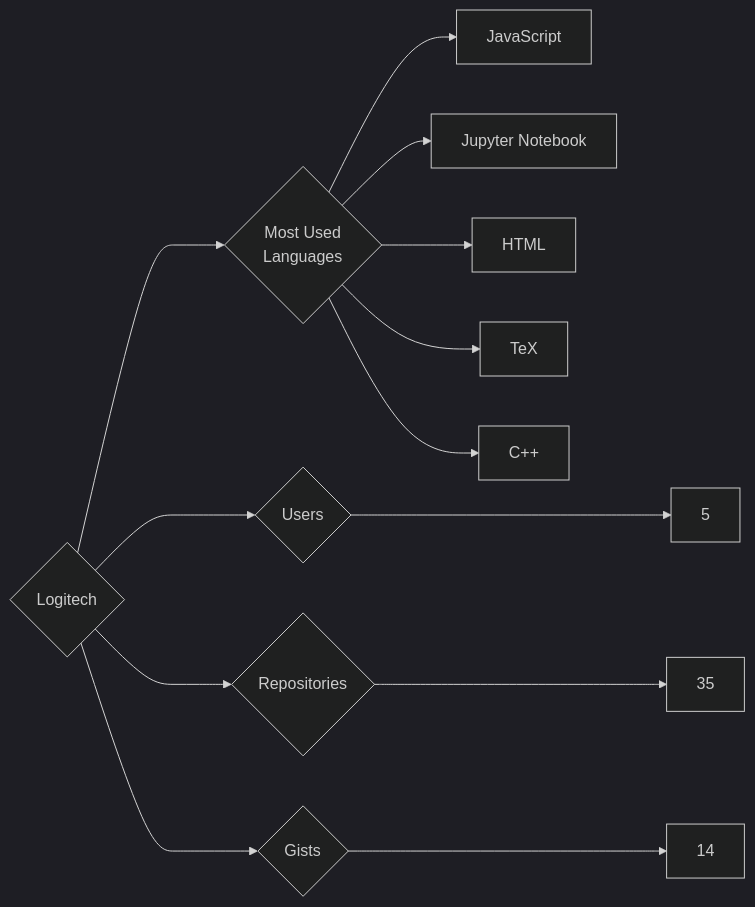
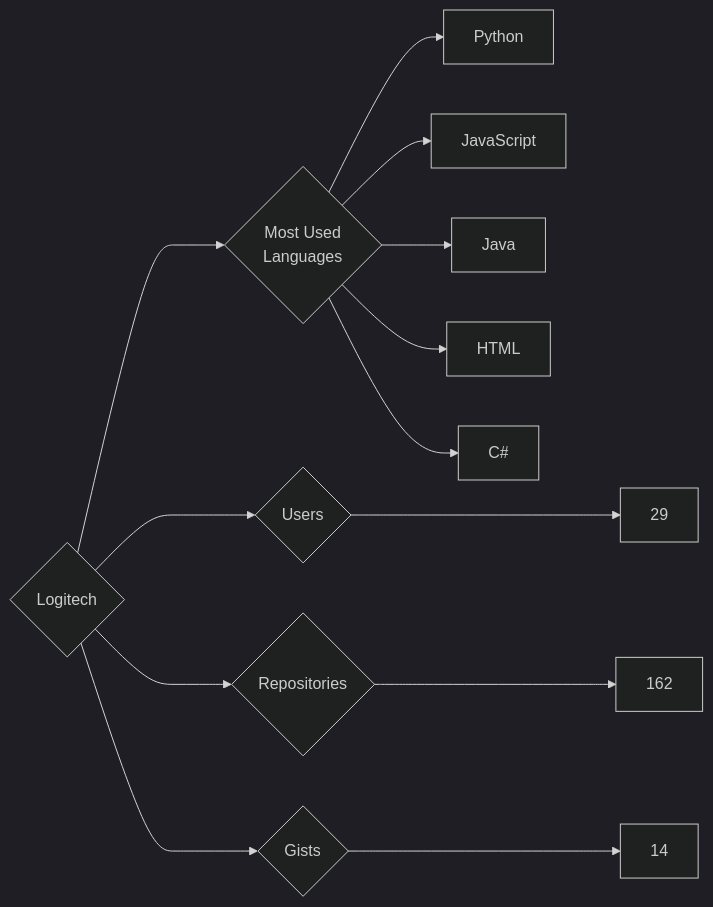
Before and after one commit to trickest/insiders: the diagram in targets/Logitech/README.md, drawn with Mermaid (dark theme). The commit also changed 782 other files, not shown here.

````diff
--- a/targets/Logitech/README.md
+++ b/targets/Logitech/README.md
@@ -3,13 +3,13 @@
 ```mermaid
 graph LR
 COMPANY_NAME{Logitech}
-COMPANY_NAME ---> U{Users} ---> UN[5]
-COMPANY_NAME ---> R{Repositories} ---> RN[35]
+COMPANY_NAME ---> U{Users} ---> UN[29]
+COMPANY_NAME ---> R{Repositories} ---> RN[162]
 COMPANY_NAME ---> G{Gists} ---> GN[14]
 COMPANY_NAME ---> ML{Most Used<br>Languages}
+ML --> Python[Python]
 ML --> JavaScript[JavaScript]
-ML --> Jupyter_Notebook[Jupyter Notebook]
+ML --> Java[Java]
 ML --> HTML[HTML]
-ML --> TeX[TeX]
-ML --> C++[C++]
+ML --> C#[C#]
 ```
````
